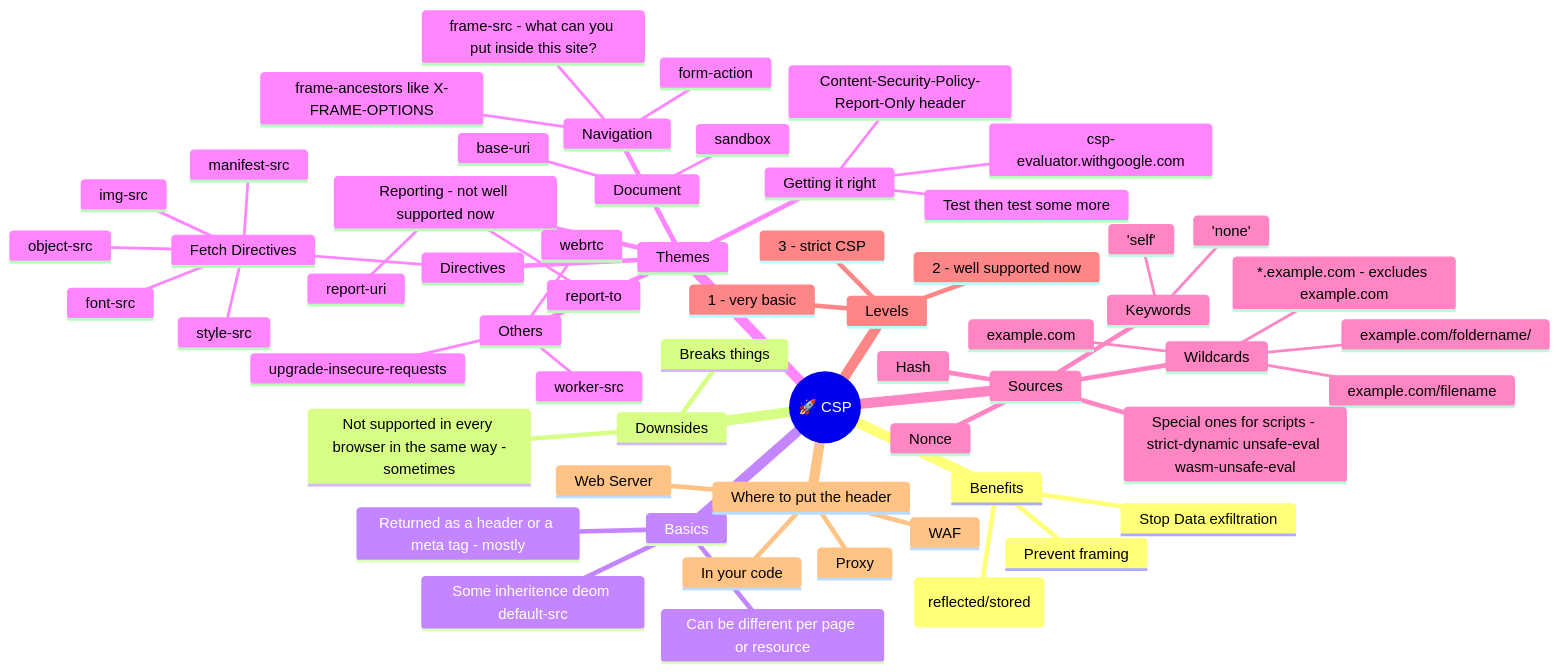
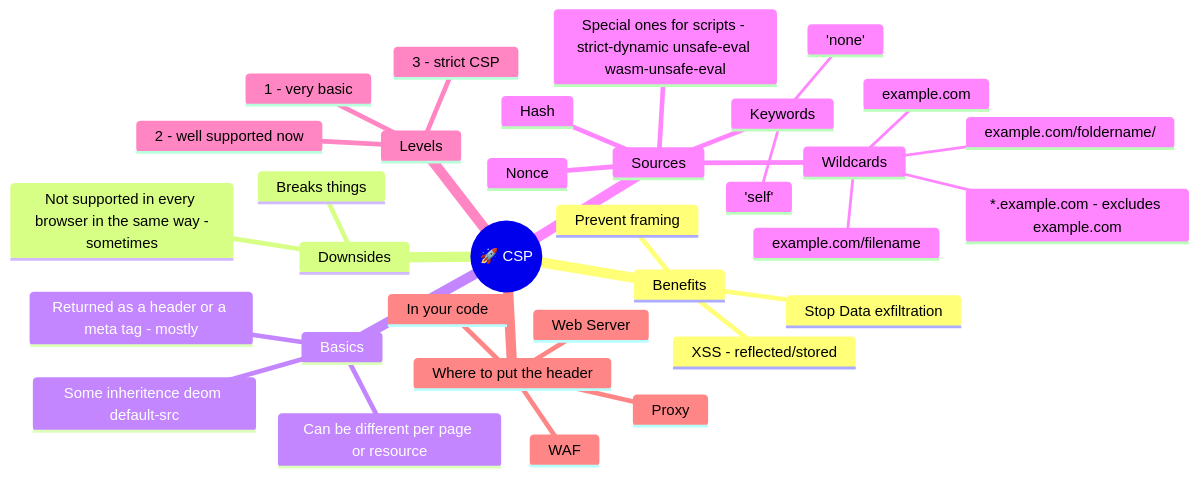
The first of 2 diagrams in csp.md (gitstua/Mindmaps), drawn with Mermaid before and after one commit.

Commit message:
Enhance CSP documentation with detailed sections
Expanded the content on CSP themes, sources, levels, and header placement in the documentation.

````diff
--- a/csp.md
+++ b/csp.md
@@ -3,62 +3,36 @@
 ```mermaid
 mindmap
   root((🚀 CSP ))
     Benefits
-      XSS (reflected/stored)
+      XSS - reflected/stored
       Stop Data exfiltration
       Prevent framing
     Downsides
       Breaks things
       Not supported in every browser in the same way -sometimes
     Basics
       Returned as a header or a meta tag - mostly
       Can be different per page or resource
       Some inheritence deom default-src
-    Themes
-      Directives
-        Fetch Directives
-          manifest-src
-          img-src
-          font-src
-          object-src
-          style-src
-      Navigation
-        frame-ancestors like X-FRAME-OPTIONS
-        frame-src - what can you put inside this site?
-        form-action
-      Reporting - not well supported now
-        report-uri
-        report-to
-      Document
-        sandbox
-        base-uri
-      Others
-        worker-src
-        webrtc
-        upgrade-insecure-requests
-      Getting it right
-        Content-Security-Policy-Report-Only header
-        Test then test some more
-        csp-evaluator.withgoogle.com
     Sources
       Keywords
         'self'
         'none'
       Hash
       Nonce
       Wildcards
         *.example.com - excludes example.com
         example.com
         example.com/filename
         example.com/foldername/
       Special ones for scripts - strict-dynamic unsafe-eval wasm-unsafe-eval
     Levels
       1 - very basic
       2 - well supported now
       3 - strict CSP
     Where to put the header
       In your code
       Web Server
       WAF
       Proxy
 ```
````
